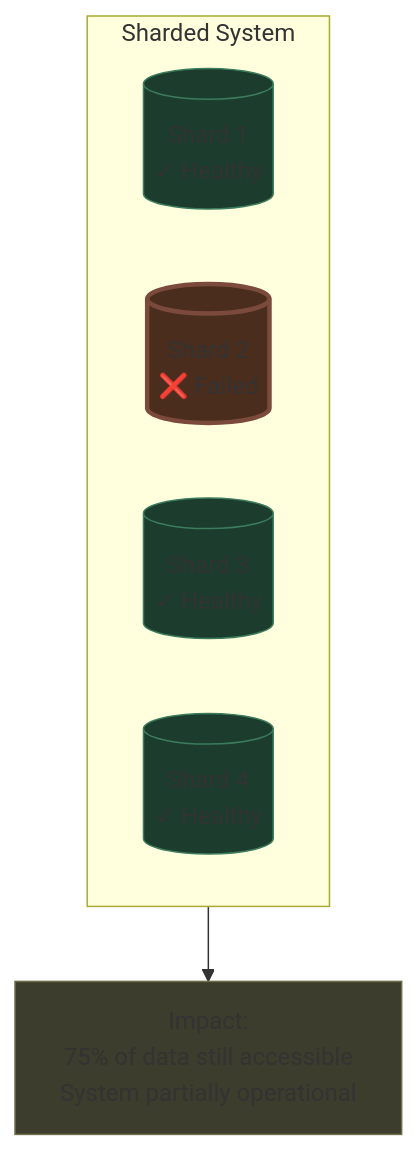
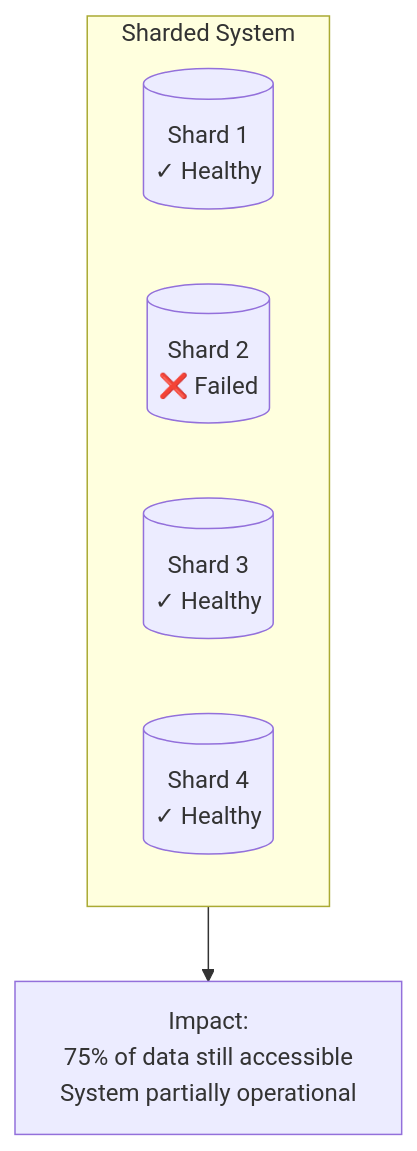
Before and after one commit to Yash-Kavaiya/The-System-Design-Masterclass: diagram 16 of 21 in system design beginner/8. Sharding and Partitioning.md, drawn with Mermaid. The commit also changed other lines of this file, not shown here.

````diff
--- a/system design beginner/8. Sharding and Partitioning.md
+++ b/system design beginner/8. Sharding and Partitioning.md
@@ -443,19 +381,14 @@
 ```mermaid
 graph TB
     subgraph System["Sharded System"]
         S1[(Shard 1<br/>✓ Healthy)]
         S2[(Shard 2<br/>❌ Failed)]
         S3[(Shard 3<br/>✓ Healthy)]
         S4[(Shard 4<br/>✓ Healthy)]
     end
     
     IMPACT[Impact:<br/>75% of data still accessible<br/>System partially operational]
     
     System --> IMPACT
     
-    style S1 fill:#1c3d2d,stroke:#3c7c5c
-    style S2 fill:#4a2d1c,stroke:#7c4a3c,stroke-width:3px
-    style S3 fill:#1c3d2d,stroke:#3c7c5c
-    style S4 fill:#1c3d2d,stroke:#3c7c5c
-    style IMPACT fill:#3d3d2d,stroke:#6d6d4a
 ```
````
